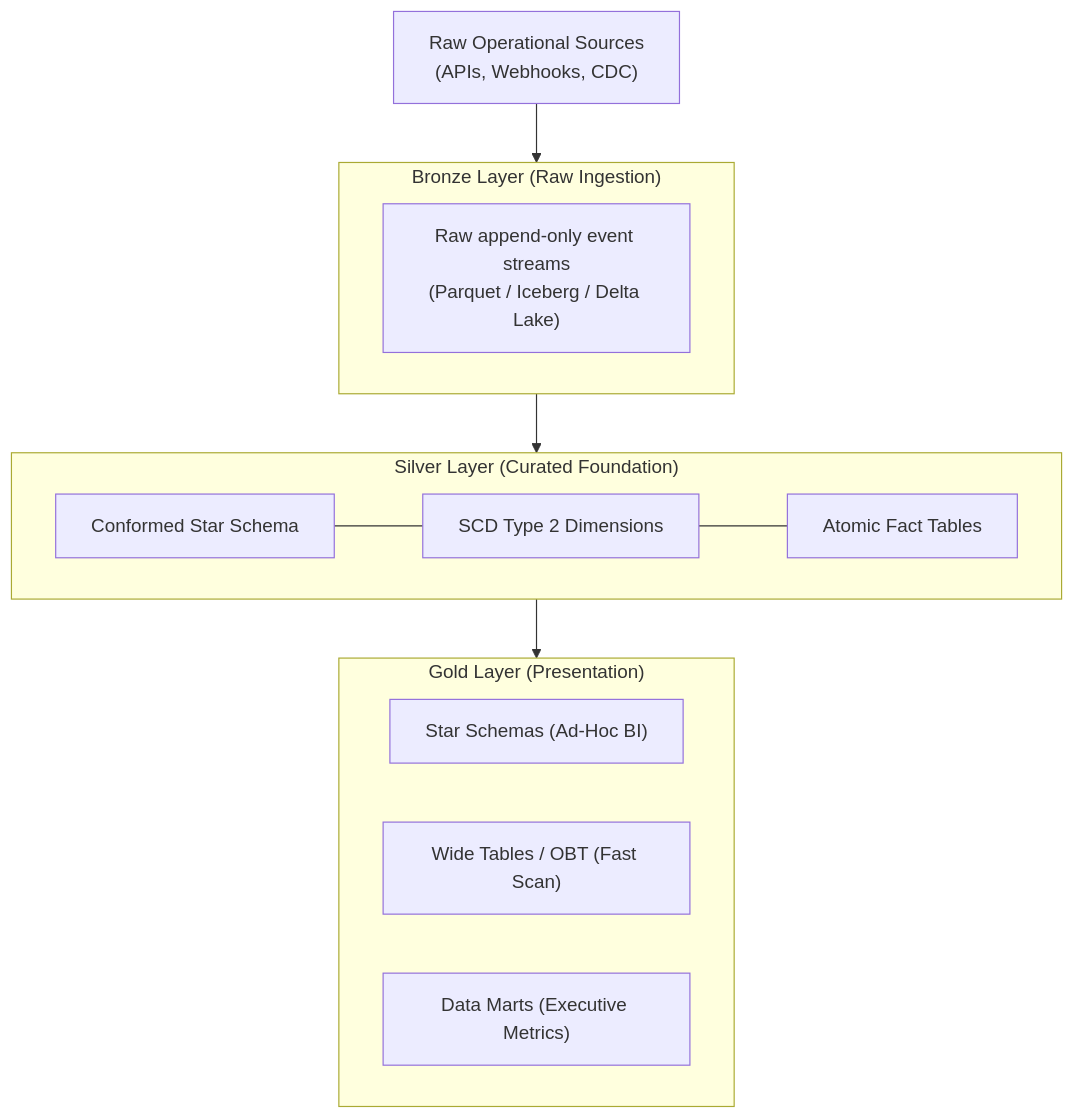
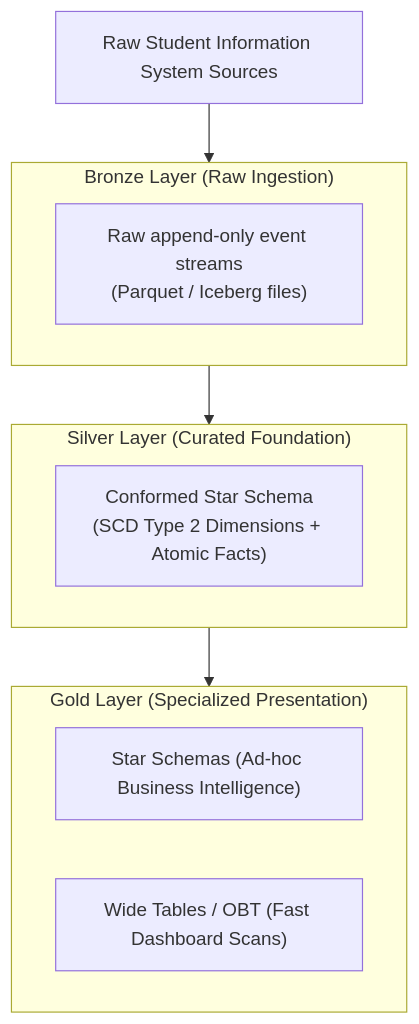
The diagram in content/modeling/schema-architectures.md (VineethChivukula/dedocs), drawn with Mermaid before and after one commit. The commit also changed other lines of this file and 26 other files, not shown here.

````diff
--- a/content/modeling/schema-architectures.md
+++ b/content/modeling/schema-architectures.md
@@ -490,26 +286,21 @@
 ```mermaid
 flowchart TD
-    Raw["Raw Operational Sources<br/>(APIs, Webhooks, CDC)"] --> Bronze
+    Raw["Raw Student Information System Sources"] --> Bronze
     
     subgraph Bronze["Bronze Layer (Raw Ingestion)"]
-        B1["Raw append-only event streams<br/>(Parquet / Iceberg / Delta Lake)"]
+        B1["Raw append-only event streams<br/>(Parquet / Iceberg files)"]
     end
     
     Bronze --> Silver
     
     subgraph Silver["Silver Layer (Curated Foundation)"]
-        S1["Conformed Star Schema"]
-        S2["SCD Type 2 Dimensions"]
-        S3["Atomic Fact Tables"]
-        S1 --- S2
-        S2 --- S3
+        S1["Conformed Star Schema<br/>(SCD Type 2 Dimensions + Atomic Facts)"]
     end
     
     Silver --> Gold
     
-    subgraph Gold["Gold Layer (Presentation)"]
-        G1["Star Schemas (Ad-Hoc BI)"]
-        G2["Wide Tables / OBT (Fast Scan)"]
-        G3["Data Marts (Executive Metrics)"]
+    subgraph Gold["Gold Layer (Specialized Presentation)"]
+        G1["Star Schemas (Ad-hoc Business Intelligence)"]
+        G2["Wide Tables / OBT (Fast Dashboard Scans)"]
     end
 ```
````
